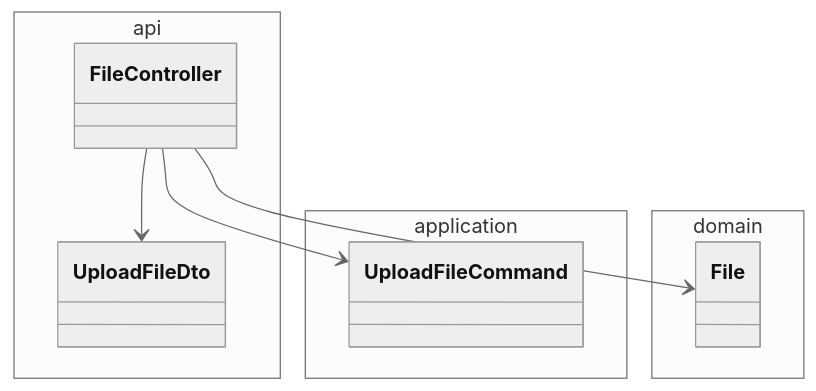
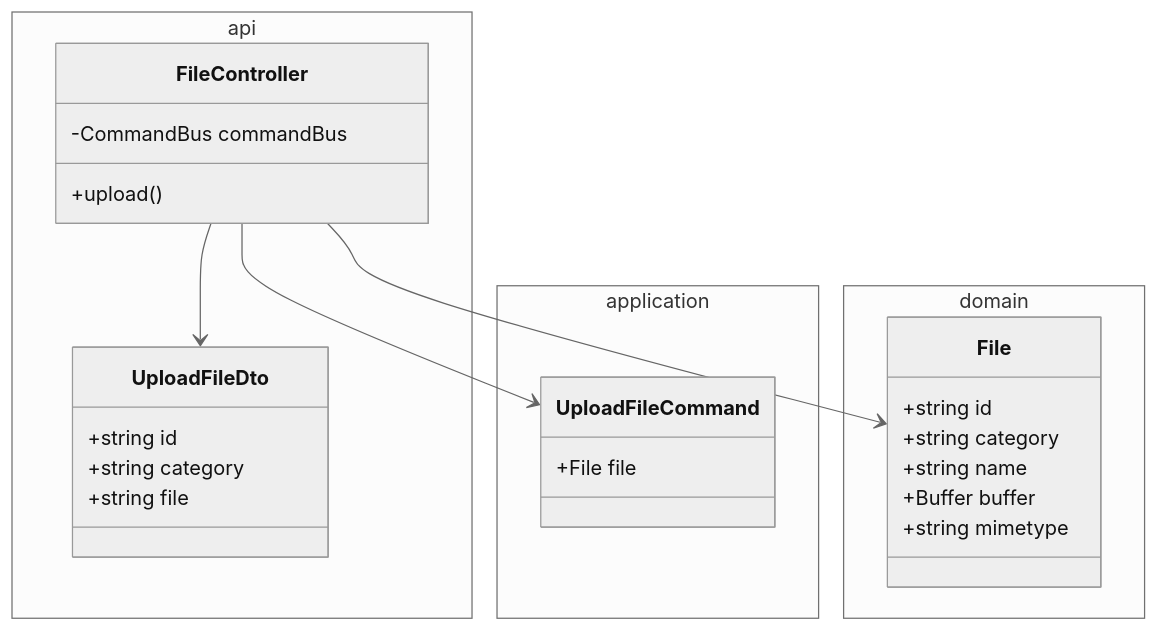
The first of 4 diagrams in services/vault-service/README.md (pslotinsky/decay-of-magic), drawn with Mermaid (neutral theme) before and after one commit. The commit also changed other lines of this file and 16 other files, not shown here.

Commit message:
DOD-0004: Add class members to Poe class diagram

````diff
--- a/services/vault-service/README.md
+++ b/services/vault-service/README.md
@@ -10,17 +10,32 @@
 ```mermaid
 classDiagram
   namespace api {
-    class FileController
-    class UploadFileDto
+    class FileController {
+      -CommandBus commandBus
+      +upload()
+    }
+    class UploadFileDto {
+      +string id
+      +string category
+      +string file
+    }
   }
   namespace application {
-    class UploadFileCommand
+    class UploadFileCommand {
+      +File file
+    }
   }
   namespace domain {
-    class File
+    class File {
+      +string id
+      +string category
+      +string name
+      +Buffer buffer
+      +string mimetype
+    }
   }
 
   FileController --> UploadFileDto
   FileController --> UploadFileCommand
   FileController --> File
 ```
````
